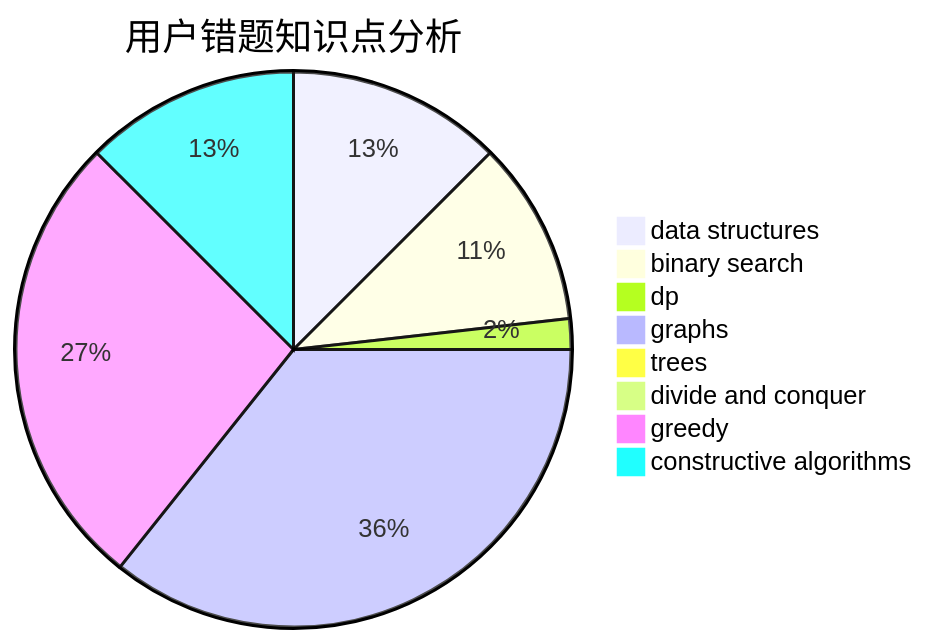
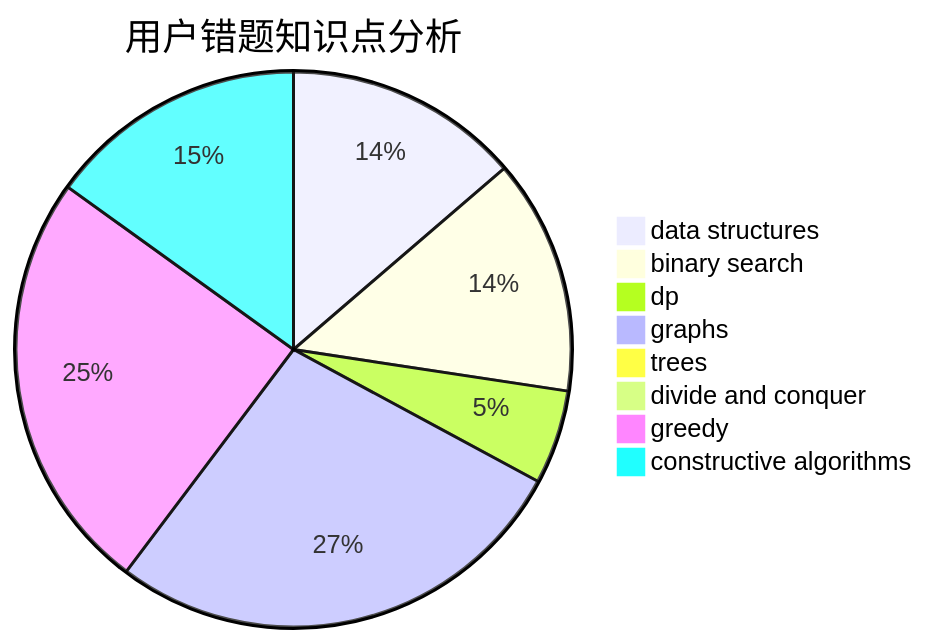
One commit to sherpahu/cfrs.github.io changed the third of 3 diagrams in docs/user/u1111.md. Above: the diagram before and after it, drawn with Mermaid. The commit also changed other lines of this file and 2770 other files, not shown here.

````diff
--- a/docs/user/u1111.md
+++ b/docs/user/u1111.md
@@ -36,11 +36,11 @@
 ```mermaid
 pie title 用户错题知识点分析
-    "data structures" :  7
-    "binary search" :  6
-    "dp" :  1
+    "data structures" :  10
+    "binary search" :  10
+    "dp" :  4
     "graphs" :  20
     "trees" :  0
     "divide and conquer" :  0
-    "greedy" :  15
-    "constructive algorithms" :  7
+    "greedy" :  18
+    "constructive algorithms" :  11
 ```
````
